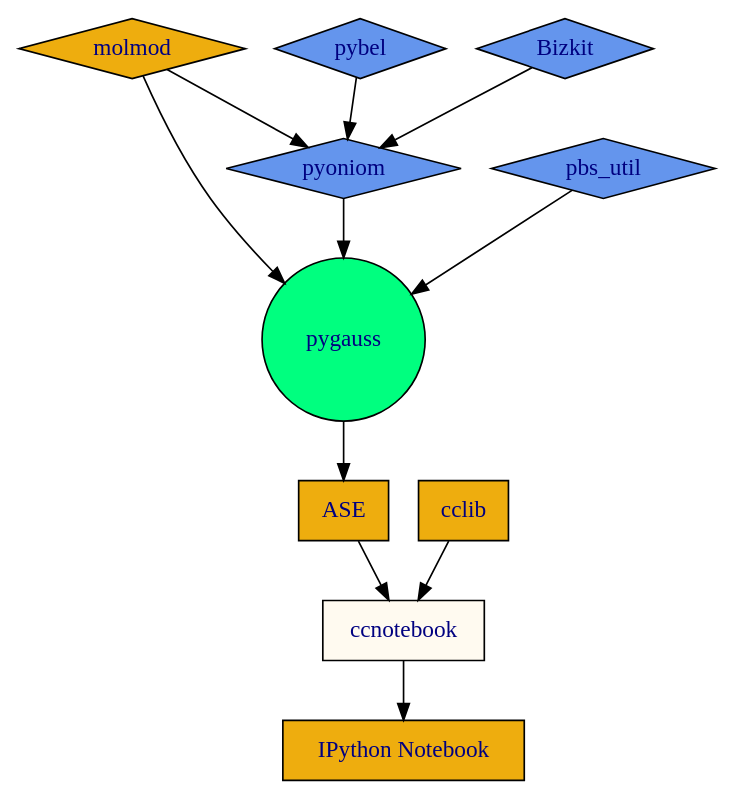
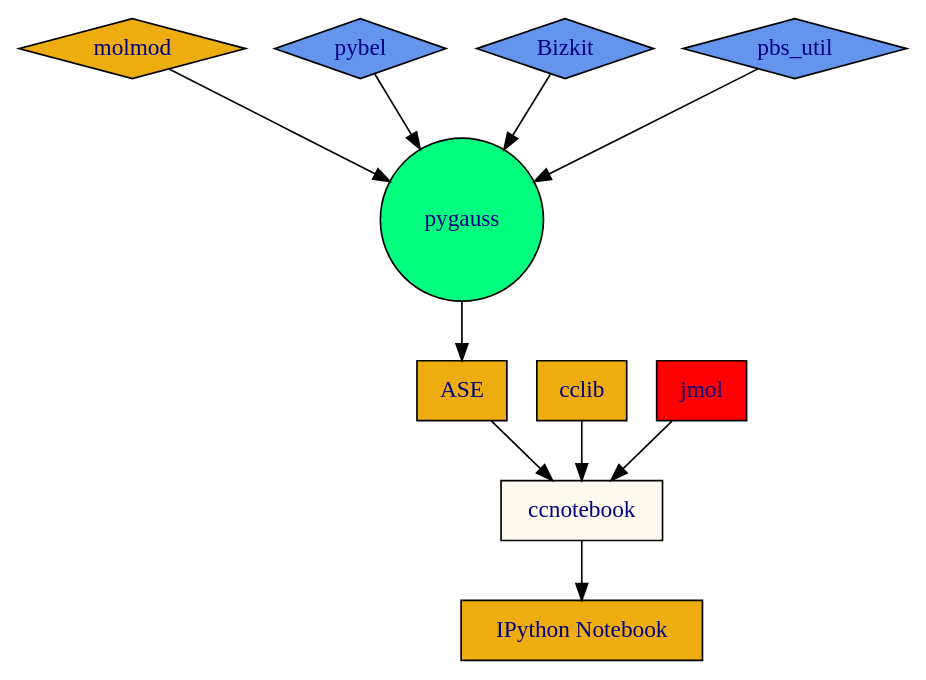
Before and after one commit to Clyde-fare/ccnotebook_talk: the diagram in ccnotebook.dot, drawn with Graphviz. The commit also changed 26 other files, not shown here.

```diff
--- a/ccnotebook.dot
+++ b/ccnotebook.dot
@@ -1,50 +1,51 @@
 digraph {
 
   node [    fillcolor=cornflowerblue,
             fontcolor=navy,
             shape=diamond,
             style=filled];
 
   ccnotebook [  fillcolor=floralwhite,
                 fontcolor=navy,
                 label="ccnotebook",
                 shape=box];
 
   ASE [  shape=box
             label="ASE"
             fillcolor=darkgoldenrod2];
 
   cclib [  shape=box
             label="cclib"
             fillcolor=darkgoldenrod2];
 
   molmod [label="molmod"
           fillcolor=darkgoldenrod2];
  
   pybel [label="pybel"];
 
   bizkit [label="Bizkit"]
 
   pbs_util [label="pbs_util"];
 
   pygauss [fillcolor=springgreen
            label="pygauss"
            shape=circle];
   
-  pyoniom [label="pyoniom"]
+  jmol [fillcolor=red
+        label="jmol"
+        shape=box];
 
   ipython [label="IPython Notebook"
            fillcolor="darkgoldenrod2"
            shape=box]
 
   cclib  -> ccnotebook;
   ASE  -> ccnotebook;
   pbs_util -> pygauss
   molmod  -> pygauss;
-  bizkit  -> pyoniom;
-  pybel   -> pyoniom;
-  molmod  -> pyoniom;
-  pyoniom -> pygauss;
+  bizkit  -> pygauss;
+  pybel   -> pygauss;
   pygauss -> ASE;
+  jmol    -> ccnotebook;
   ccnotebook -> ipython;
 }
```
